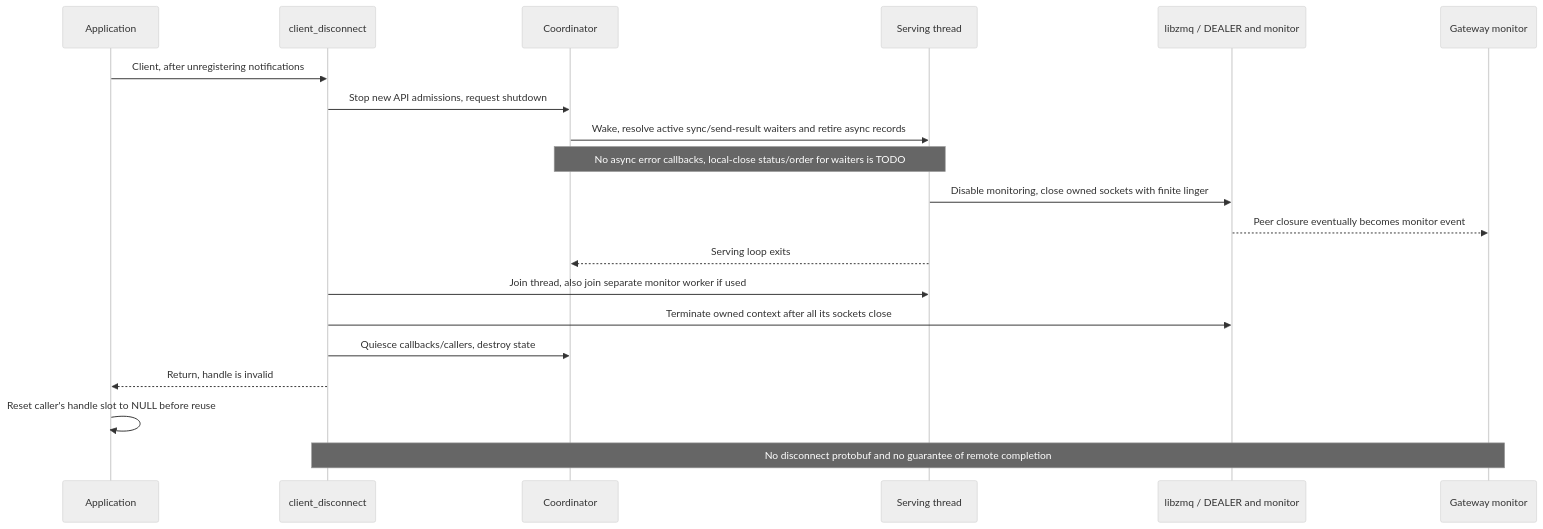
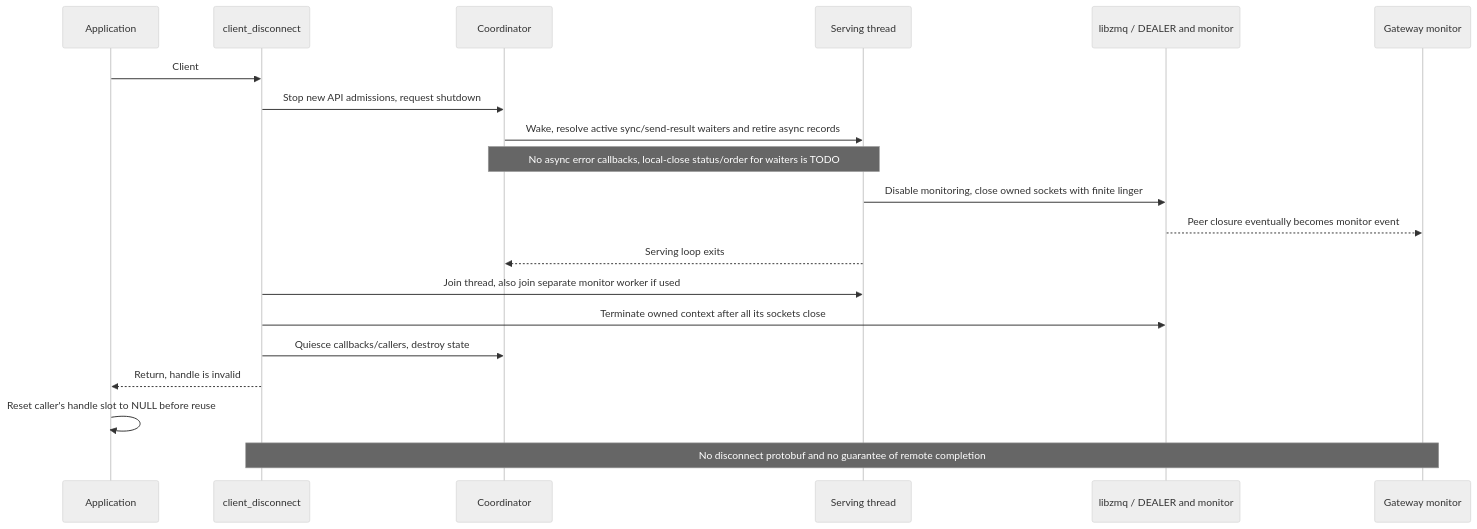
One commit to rdkcentral/eyil-secure-gateway changed diagram 14 of 29 in doc/EyilSecureGateway.md. Above: the diagram before and after it, drawn with Mermaid (neutral theme). The commit also changed other lines of this file, not shown here.

````diff
--- a/doc/EyilSecureGateway.md
+++ b/doc/EyilSecureGateway.md
@@ -1657,22 +1631,22 @@
 ```mermaid
 sequenceDiagram
     participant A as Application
     participant API as client_disconnect
     participant C as Coordinator
     participant IO as Serving thread
     participant Z as libzmq / DEALER and monitor
     participant G as Gateway monitor
-    A->>API: Client, after unregistering notifications
+    A->>API: Client
     API->>C: Stop new API admissions, request shutdown
     C->>IO: Wake, resolve active sync/send-result waiters and retire async records
     Note over C,IO: No async error callbacks, local-close status/order for waiters is TODO
     IO->>Z: Disable monitoring, close owned sockets with finite linger
     Z-->>G: Peer closure eventually becomes monitor event
     IO-->>C: Serving loop exits
     API->>IO: Join thread, also join separate monitor worker if used
     API->>Z: Terminate owned context after all its sockets close
     API->>C: Quiesce callbacks/callers, destroy state
     API-->>A: Return, handle is invalid
     A->>A: Reset caller's handle slot to NULL before reuse
     Note over API,G: No disconnect protobuf and no guarantee of remote completion
 ```
````
